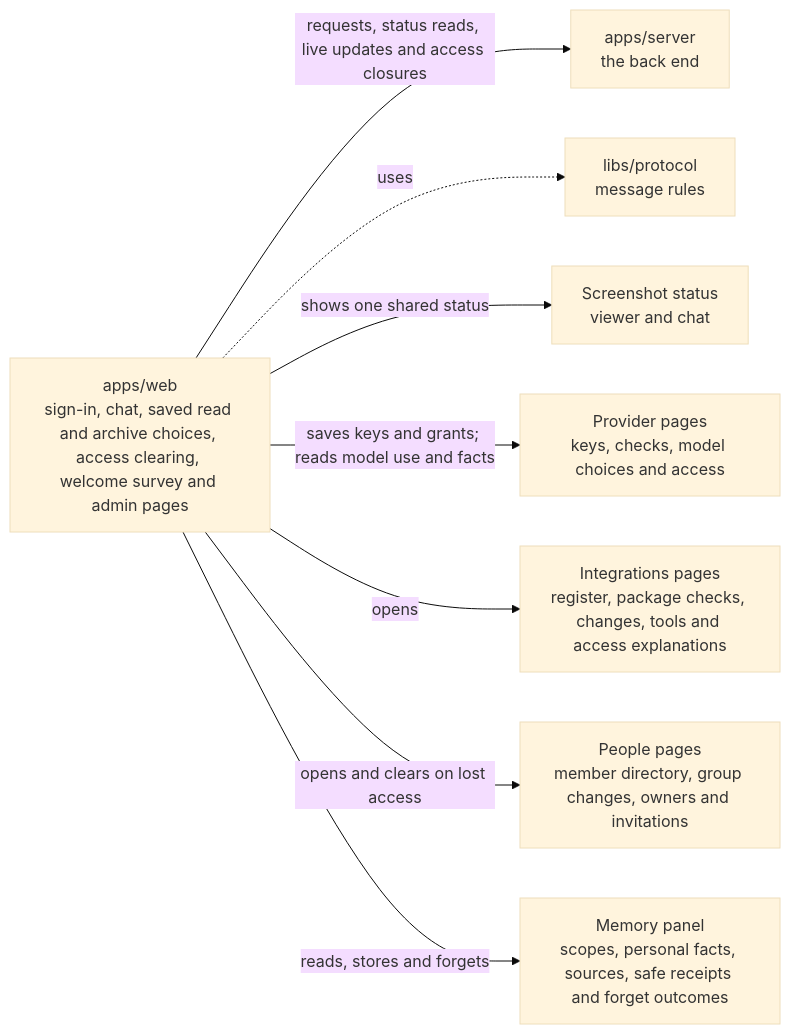
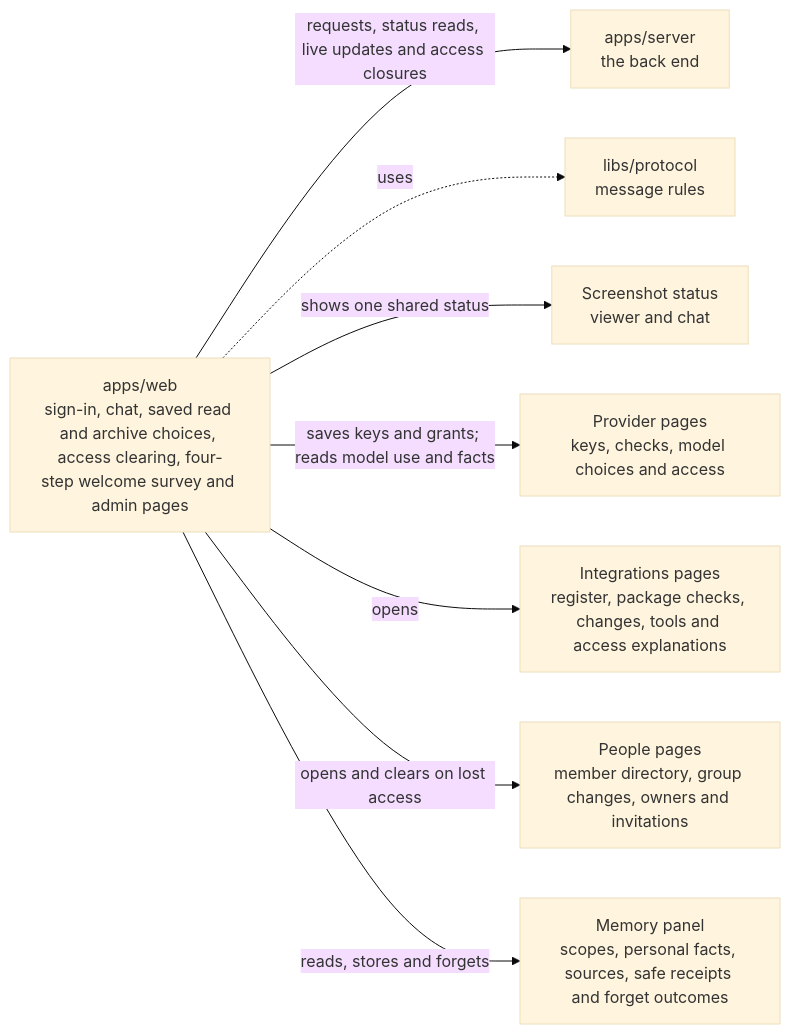
The diagram in apps/web/README.md (elewa-git/opencrane-new), drawn with Mermaid (base theme) before and after one commit. The commit also changed other lines of this file and 30 other files, not shown here.

Commit message:
✨ People can finish the welcome survey with style and task choices

````diff
--- a/apps/web/README.md
+++ b/apps/web/README.md
@@ -11,10 +11,10 @@
 ```mermaid
 flowchart LR
-  web["apps/web<br/>sign-in, chat, saved read and archive choices, access clearing, welcome survey and admin pages"] -->|requests, status reads, live updates and access closures| server["apps/server<br/>the back end"]
+  web["apps/web<br/>sign-in, chat, saved read and archive choices, access clearing, four-step welcome survey and admin pages"] -->|requests, status reads, live updates and access closures| server["apps/server<br/>the back end"]
   web -.->|uses| protocol["libs/protocol<br/>message rules"]
   web -->|shows one shared status| capture["Screenshot status<br/>viewer and chat"]
   web -->|saves keys and grants; reads model use and facts| providers["Provider pages<br/>keys, checks, model choices and access"]
   web -->|opens| integrations["Integrations pages<br/>register, package checks, changes, tools and access explanations"]
   web -->|opens and clears on lost access| people["People pages<br/>member directory, group changes, owners and invitations"]
   web -->|reads, stores and forgets| memory["Memory panel<br/>scopes, personal facts, sources, safe receipts and forget outcomes"]
 ```
````
